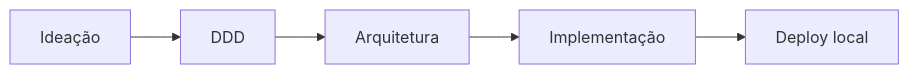
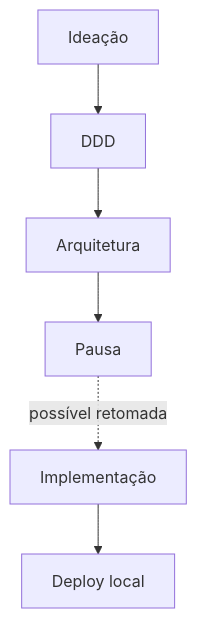
The diagram in docs/README.md (notmaikeise/maikeise-motohub), drawn with Mermaid before and after one commit. The commit also changed other lines of this file and 15 other files, not shown here.

````diff
--- a/docs/README.md
+++ b/docs/README.md
@@ -87,7 +93,8 @@
 ```mermaid
-flowchart LR
+flowchart TD
     IDEA["Ideação"] --> DDD["DDD"]
     DDD --> ARCH["Arquitetura"]
-    ARCH --> CODE["Implementação"]
+    ARCH --> PAUSE["Pausa"]
+    PAUSE -. "possível retomada" .-> CODE["Implementação"]
     CODE --> DEPLOY["Deploy local"]
 ```
````
